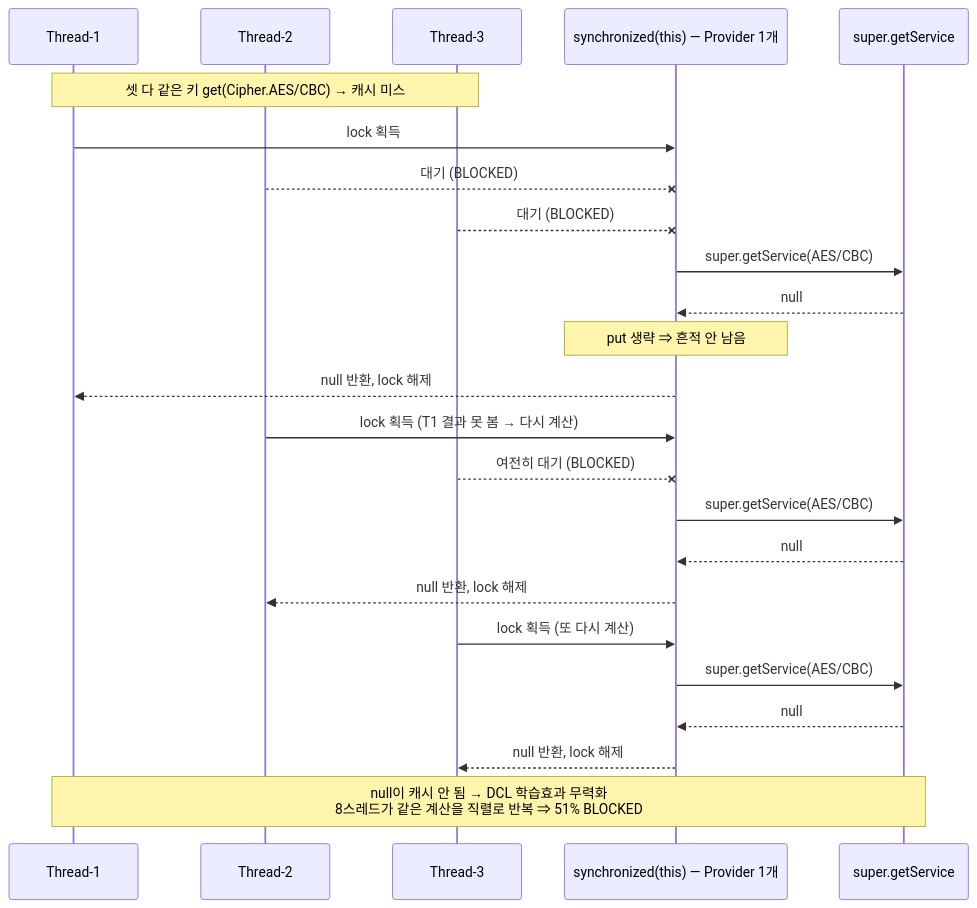
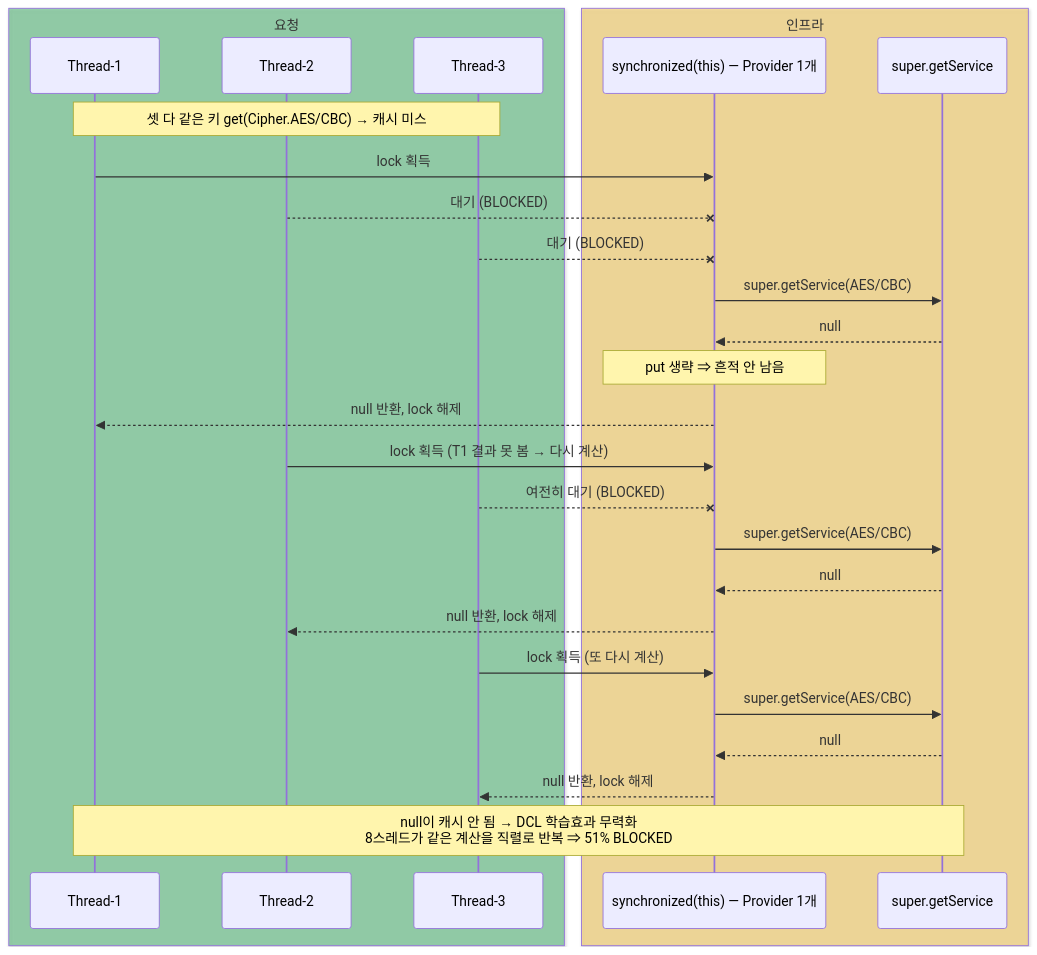
Before and after one commit to HJC96/deep-dive: the third of 3 diagrams in labs/java-sandbox/README.md, drawn with Mermaid. The commit also changed other lines of this file and 4 other files, not shown here.

````diff
--- a/labs/java-sandbox/README.md
+++ b/labs/java-sandbox/README.md
@@ -179,31 +203,37 @@
 ```mermaid
 sequenceDiagram
+
+    box rgba(22, 163, 74, 0.40) 요청
     participant T1 as Thread-1
     participant T2 as Thread-2
     participant T3 as Thread-3
+    end
+
+    box rgba(251, 191, 36, 0.40) 인프라
     participant L as synchronized(this) — Provider 1개
     participant S as super.getService
+    end
 
     Note over T1,T3: 셋 다 같은 키 get(Cipher.AES/CBC) → 캐시 미스
 
     T1->>L: lock 획득
     T2--xL: 대기 (BLOCKED)
     T3--xL: 대기 (BLOCKED)
     L->>S: super.getService(AES/CBC)
     S-->>L: null
     Note over L: put 생략 ⇒ 흔적 안 남음
     L-->>T1: null 반환, lock 해제
 
     T2->>L: lock 획득 (T1 결과 못 봄 → 다시 계산)
     T3--xL: 여전히 대기 (BLOCKED)
     L->>S: super.getService(AES/CBC)
     S-->>L: null
     L-->>T2: null 반환, lock 해제
 
     T3->>L: lock 획득 (또 다시 계산)
     L->>S: super.getService(AES/CBC)
     S-->>L: null
     L-->>T3: null 반환, lock 해제
 
     Note over T1,S: null이 캐시 안 됨 → DCL 학습효과 무력화<br/>8스레드가 같은 계산을 직렬로 반복 ⇒ 51% BLOCKED
 ```
````
